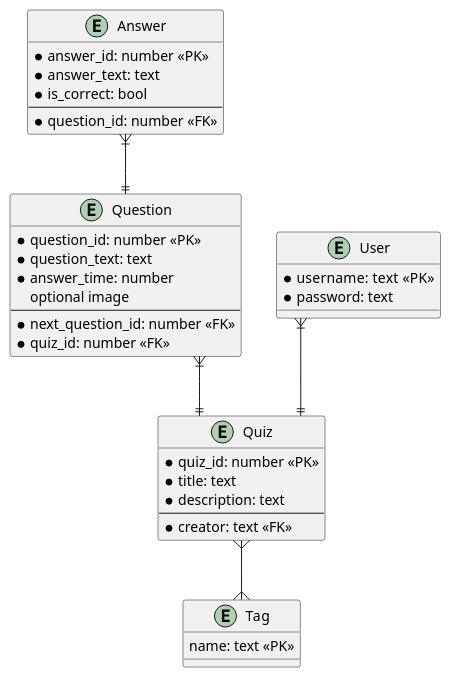
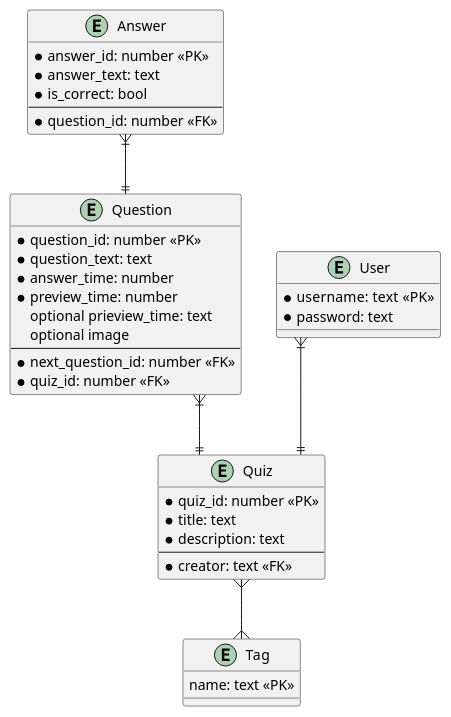
One commit to SYP-AHIF-2023-24-25/Leohoot changed the diagram in erd.puml. Above: the diagram before and after it, drawn with PlantUML. The commit also changed 4 other files, not shown here.

```diff
--- a/erd.puml
+++ b/erd.puml
@@ -1,45 +1,47 @@
 @startuml ERD-Leohoot
 skinparam linetype ortho
 
 entity Quiz {
     * quiz_id: number <<PK>>
     * title: text
     * description: text
     --
     * creator: text <<FK>>
 }
 
 entity Question {
     * question_id: number <<PK>>
     * question_text: text
     * answer_time: number
+    * preview_time: number
+    optional prieview_time: text
     optional image
     --
     * next_question_id: number <<FK>>
     * quiz_id: number <<FK>>
 }
 
 entity Answer {
     * answer_id: number <<PK>>
     * answer_text: text
     * is_correct: bool
     --
     * question_id: number <<FK>>
 }
 
 entity User {
     * username: text  <<PK>>
     * password: text
 }
 
 entity Tag {
     name: text <<PK>>
 }
 
 
 Question }|--|| Quiz
 Answer }|--|| Question
 User }|--|| Quiz
 Quiz }--{ Tag
 
 @enduml
```
